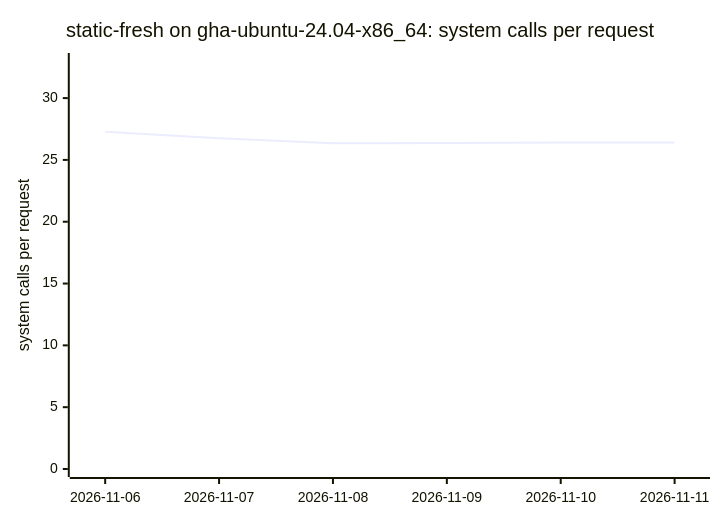
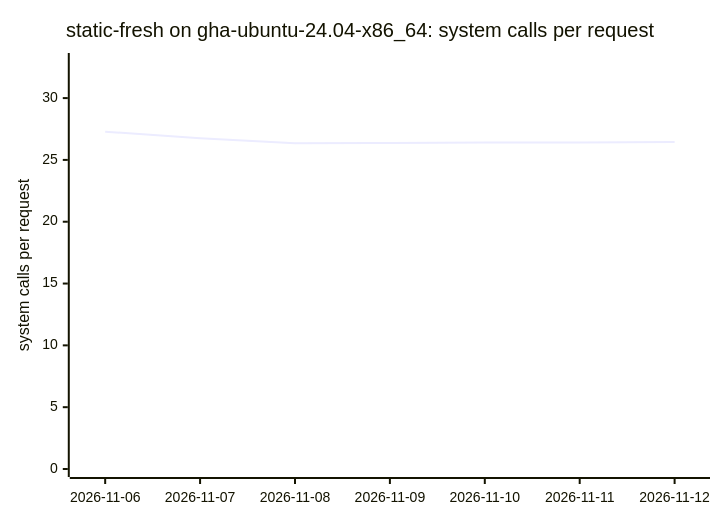
Before and after one commit to ThePixelPilgrim/durchlauferhitzer: diagram 12 of 18 in BENCHMARKS.md, drawn with Mermaid. The commit also changed other lines of this file and 1 other file, not shown here.

````diff
--- a/BENCHMARKS.md
+++ b/BENCHMARKS.md
@@ -138,7 +138,7 @@
 ```mermaid
 xychart-beta
   title "static-fresh on gha-ubuntu-24.04-x86_64: system calls per request"
-  x-axis ["2026-11-06", "2026-11-07", "2026-11-08", "2026-11-09", "2026-11-10", "2026-11-11"]
+  x-axis ["2026-11-06", "2026-11-07", "2026-11-08", "2026-11-09", "2026-11-10", "2026-11-11", "2026-11-12"]
   y-axis "system calls per request" 0 --> 33
-  line [27.28, 26.75, 26.35, 26.36, 26.40, 26.40]
+  line [27.28, 26.75, 26.35, 26.36, 26.40, 26.40, 26.45]
 ```
````
